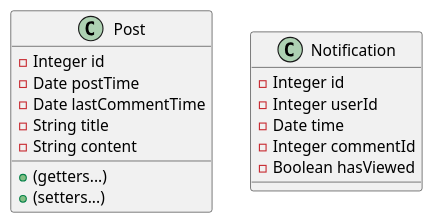
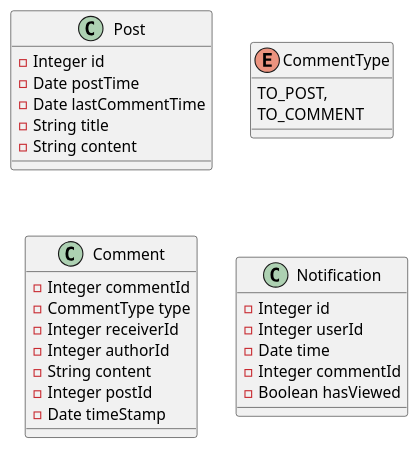
The diagram in doc/plantuml/persistent-objects.plantuml (amnore/seec-ii-2021-stage-3), drawn with PlantUML before and after one commit. The commit also changed 4 other files, not shown here.

Commit message:
convert images to plantuml

```diff
--- a/doc/plantuml/persistent-objects.plantuml
+++ b/doc/plantuml/persistent-objects.plantuml
@@ -1,22 +1,34 @@
 @startuml
 
 class Post {
         - Integer id
         - Date postTime
         - Date lastCommentTime
         - String title
         - String content
+}
 
-        + (getters...)
-        + (setters...)
+enum CommentType {
+        TO_POST,
+        TO_COMMENT
+}
+
+class Comment {
+        - Integer commentId
+        - CommentType type
+        - Integer receiverId
+        - Integer authorId
+        - String content
+        - Integer postId
+        - Date timeStamp
 }
 
 class Notification {
         - Integer id
         - Integer userId
         - Date time
         - Integer commentId
         - Boolean hasViewed
 }
 
 @enduml
```
